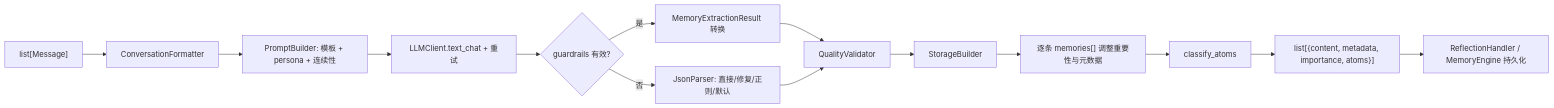
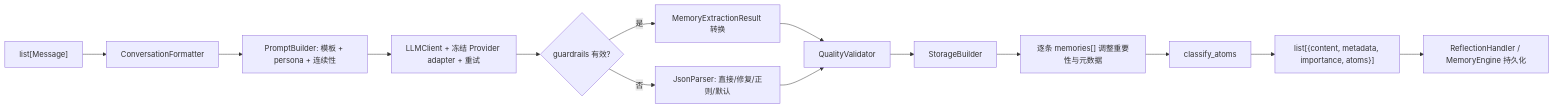
One commit to INSide-734/astrbot_plugin_memora changed the diagram in core/processors/AGENTS.md. Above: the diagram before and after it, drawn with Mermaid. The commit also changed other lines of this file and 28 other files, not shown here.

````diff
--- a/core/processors/AGENTS.md
+++ b/core/processors/AGENTS.md
@@ -17,16 +17,16 @@
 ```mermaid
 flowchart LR
     A["list[Message]"] --> B["ConversationFormatter"]
     B --> C["PromptBuilder: 模板 + persona + 连续性"]
-    C --> D["LLMClient.text_chat + 重试"]
+    C --> D["LLMClient + 冻结 Provider adapter + 重试"]
     D --> E{"guardrails 有效?"}
     E -->|"是"| F["MemoryExtractionResult 转换"]
     E -->|"否"| G["JsonParser: 直接/修复/正则/默认"]
     F --> H["QualityValidator"]
     G --> H
     H --> I["StorageBuilder"]
     I --> J["逐条 memories[] 调整重要性与元数据"]
     J --> K["classify_atoms"]
     K --> L["list[{content, metadata, importance, atoms}]"]
     L --> M["ReflectionHandler / MemoryEngine 持久化"]
 ```
````
